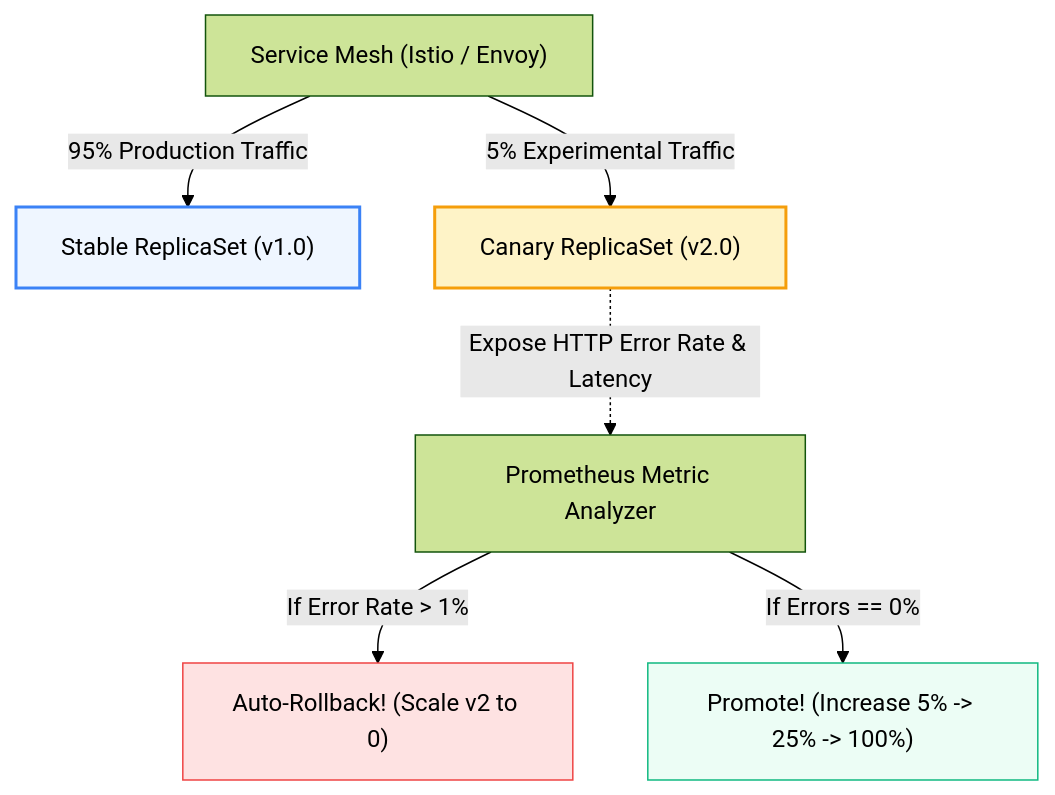
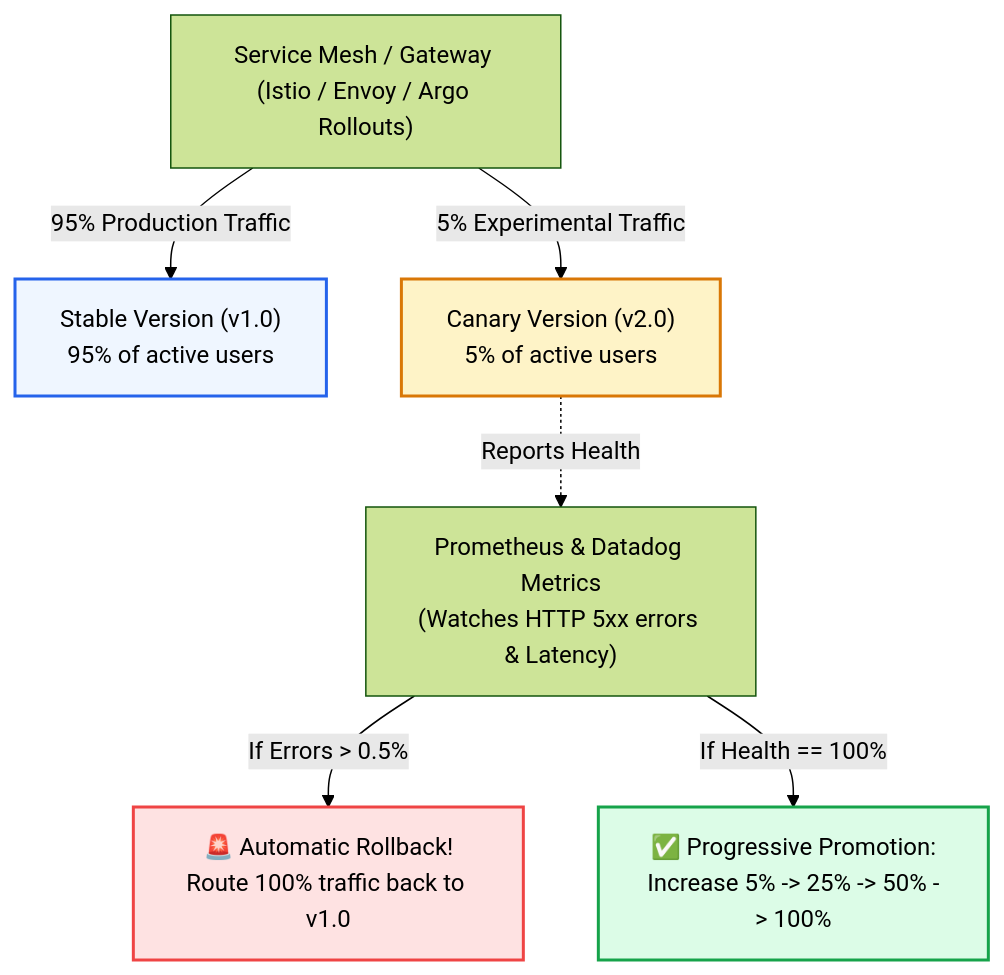
One commit to PandeyKishan/Study-Notes changed the second of 3 diagrams in 04-CICD-Pipelines/04-Deployment-Strategies.md. Above: the diagram before and after it, drawn with Mermaid (forest theme). The commit also changed other lines of this file and 20 other files, not shown here.

````diff
--- a/04-CICD-Pipelines/04-Deployment-Strategies.md
+++ b/04-CICD-Pipelines/04-Deployment-Strategies.md
@@ -72,18 +68,18 @@
 ```mermaid
 flowchart TD
-    Ingress["Service Mesh (Istio / Envoy)"]
-    
-    Ingress -->|95% Production Traffic| Stable["Stable ReplicaSet (v1.0)"]
-    Ingress -->|5% Experimental Traffic| Canary["Canary ReplicaSet (v2.0)"]
+    Ingress["Service Mesh / Gateway (Istio / Envoy / Argo Rollouts)"]
 
-    Prometheus["Prometheus Metric Analyzer"]
-    Canary -.->|Expose HTTP Error Rate & Latency| Prometheus
-    
-    Prometheus -->|If Error Rate > 1%| Abort["Auto-Rollback! (Scale v2 to 0)"]
-    Prometheus -->|If Errors == 0%| Promote["Promote! (Increase 5% -> 25% -> 100%)"]
+    Ingress -->|95% Production Traffic| V1["Stable Version (v1.0)\n95% of active users"]
+    Ingress -->|5% Experimental Traffic| V2["Canary Version (v2.0)\n5% of active users"]
 
-    style Stable fill:#eff6ff,stroke:#3b82f6,stroke-width:2px
-    style Canary fill:#fef3c7,stroke:#f59e0b,stroke-width:2px
-    style Abort fill:#fee2e2,stroke:#ef4444,stroke-width:1px
-    style Promote fill:#ecfdf5,stroke:#10b981,stroke-width:1px
+    Monitor["Prometheus & Datadog Metrics\n(Watches HTTP 5xx errors & Latency)"]
+    V2 -.->|Reports Health| Monitor
+
+    Monitor -->|If Errors > 0.5%| Rollback["🚨 Automatic Rollback!\nRoute 100% traffic back to v1.0"]
+    Monitor -->|If Health == 100%| Promote["✅ Progressive Promotion:\nIncrease 5% -> 25% -> 50% -> 100%"]
+
+    style V1 fill:#eff6ff,stroke:#2563eb,stroke-width:2px
+    style V2 fill:#fef3c7,stroke:#d97706,stroke-width:2px
+    style Rollback fill:#fee2e2,stroke:#ef4444,stroke-width:2px
+    style Promote fill:#dcfce7,stroke:#16a34a,stroke-width:2px
 ```
````
